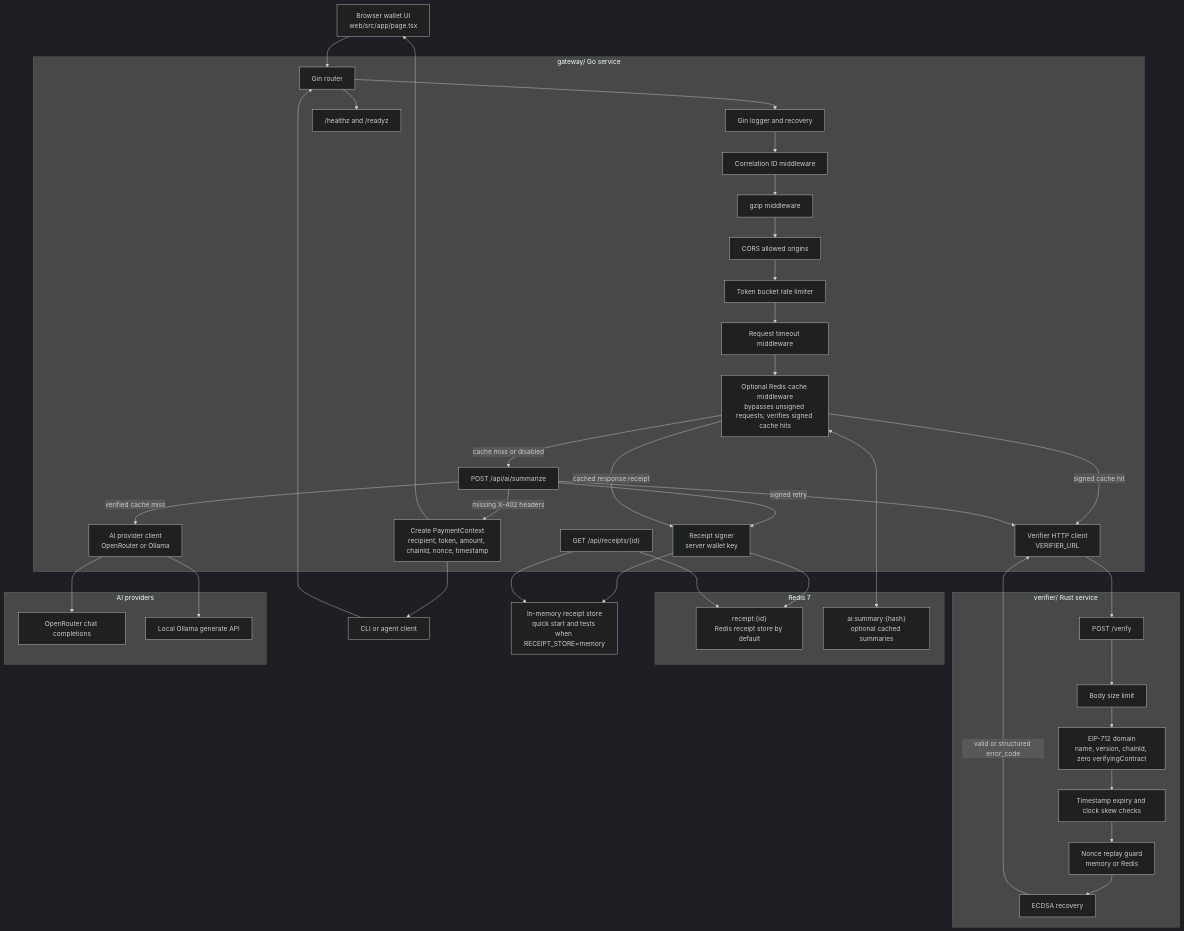
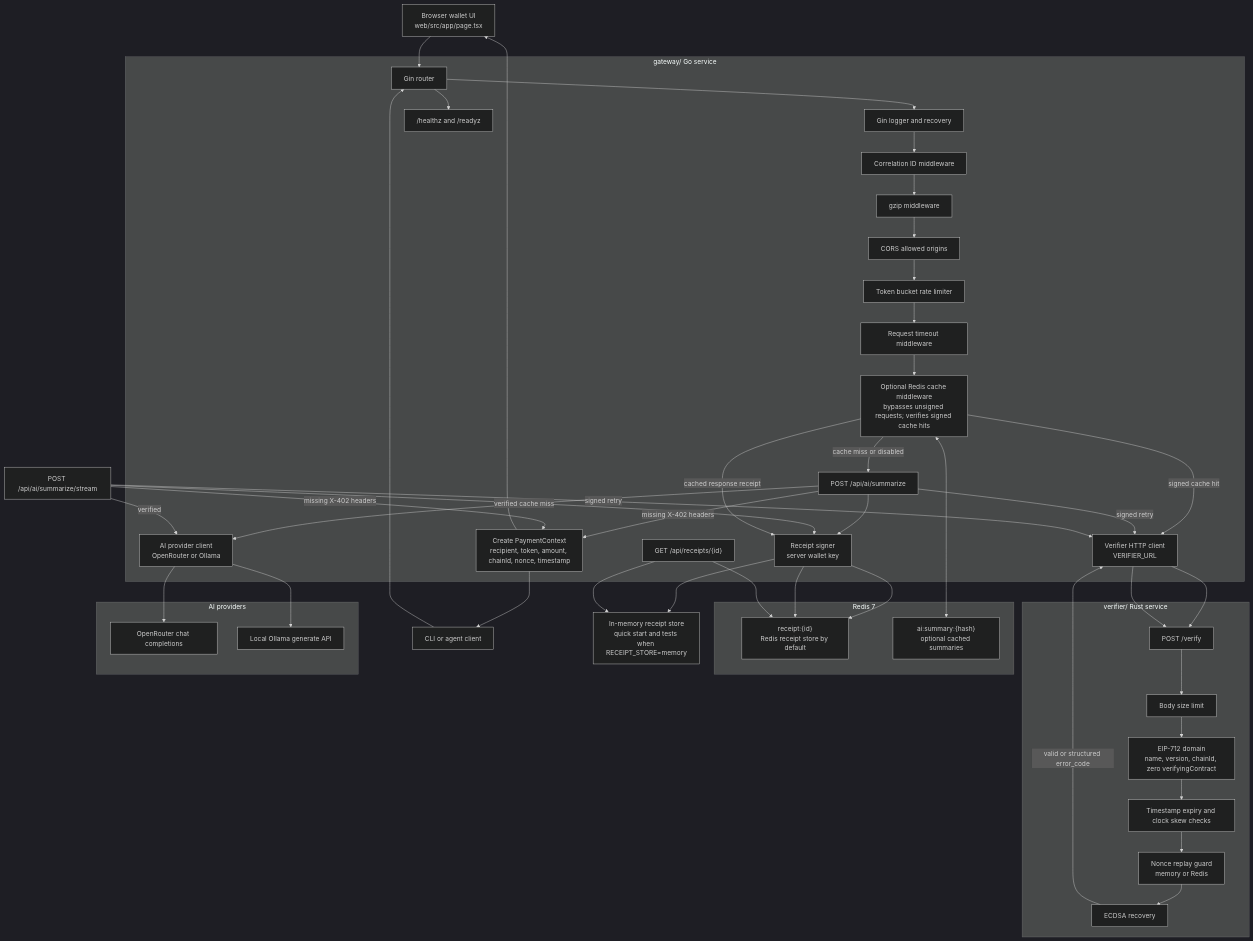
The second of 4 diagrams in README.md (AnkanMisra/MicroAI-Paygate), drawn with Mermaid (dark theme) before and after one commit. The commit also changed other lines of this file and 4 other files, not shown here.

````diff
--- a/README.md
+++ b/README.md
@@ -93,66 +93,70 @@
 ```mermaid
 flowchart TB
     Browser["Browser wallet UI\nweb/src/app/page.tsx"]
     CLI["CLI or agent client"]
 
     subgraph Gateway["gateway/ Go service"]
       Gin["Gin router"]
       LoggerRecovery["Gin logger and recovery"]
       Correlation["Correlation ID middleware"]
       Compression["gzip middleware"]
       CORS["CORS allowed origins"]
       RateLimit["Token bucket rate limiter"]
       Timeout["Request timeout middleware"]
       Cache["Optional Redis cache middleware\nbypasses unsigned requests; verifies signed cache hits"]
       Summarize["POST /api/ai/summarize"]
       PaymentContext["Create PaymentContext\nrecipient, token, amount, chainId, nonce, timestamp"]
       VerifyClient["Verifier HTTP client\nVERIFIER_URL"]
       AIClient["AI provider client\nOpenRouter or Ollama"]
       ReceiptSigner["Receipt signer\nserver wallet key"]
       ReceiptLookup["GET /api/receipts/{id}"]
       Health["/healthz and /readyz"]
     end
 
     subgraph VerifierService["verifier/ Rust service"]
       BodyLimit["Body size limit"]
       Domain["EIP-712 domain\nname, version, chainId, zero verifyingContract"]
       Timestamp["Timestamp expiry and clock skew checks"]
       Nonce["Nonce replay guard\nmemory or Redis"]
       Recovery["ECDSA recovery"]
       VerifyRoute["POST /verify"]
     end
 
     subgraph Storage["Redis 7"]
       Receipts["receipt:{id}\nRedis receipt store by default"]
       ResponseCache["ai:summary:{hash}\noptional cached summaries"]
     end
 
     MemoryStore["In-memory receipt store\nquick start and tests when RECEIPT_STORE=memory"]
 
     subgraph Providers["AI providers"]
       OpenRouter["OpenRouter chat completions"]
       Ollama["Local Ollama generate API"]
     end
 
     Browser --> Gin
     CLI --> Gin
     Gin --> LoggerRecovery --> Correlation --> Compression --> CORS --> RateLimit --> Timeout --> Cache
     Cache -->|cache miss or disabled| Summarize
-    Cache -->|signed cache hit| VerifyClient
-    Summarize -->|missing X-402 headers| PaymentContext
-    PaymentContext --> Browser
-    PaymentContext --> CLI
-    Summarize -->|signed retry| VerifyClient --> VerifyRoute
-    VerifyRoute --> BodyLimit --> Domain --> Timestamp --> Nonce --> Recovery
-    Recovery -->|valid or structured error_code| VerifyClient
-    Summarize -->|verified cache miss| AIClient
-    AIClient --> OpenRouter
-    AIClient --> Ollama
-    Summarize --> ReceiptSigner --> Receipts
-    ReceiptSigner --> MemoryStore
-    Cache -->|cached response receipt| ReceiptSigner
-    Cache <--> ResponseCache
-    ReceiptLookup --> Receipts
-    ReceiptLookup --> MemoryStore
-    Gin --> Health
+     Cache -->|signed cache hit| VerifyClient
+     Summarize -->|missing X-402 headers| PaymentContext
+     SummarizeStream["POST /api/ai/summarize/stream"] -->|missing X-402 headers| PaymentContext
+     PaymentContext --> Browser
+     PaymentContext --> CLI
+     Summarize -->|signed retry| VerifyClient --> VerifyRoute
+     SummarizeStream -->|signed retry| VerifyClient --> VerifyRoute
+     VerifyRoute --> BodyLimit --> Domain --> Timestamp --> Nonce --> Recovery
+     Recovery -->|valid or structured error_code| VerifyClient
+     Summarize -->|verified cache miss| AIClient
+     SummarizeStream -->|verified| AIClient
+     AIClient --> OpenRouter
+     AIClient --> Ollama
+     Summarize --> ReceiptSigner --> Receipts
+     SummarizeStream --> ReceiptSigner --> Receipts
+     ReceiptSigner --> MemoryStore
+     Cache -->|cached response receipt| ReceiptSigner
+     Cache <--> ResponseCache
+     ReceiptLookup --> Receipts
+     ReceiptLookup --> MemoryStore
+     Gin --> Health
 ```
````
